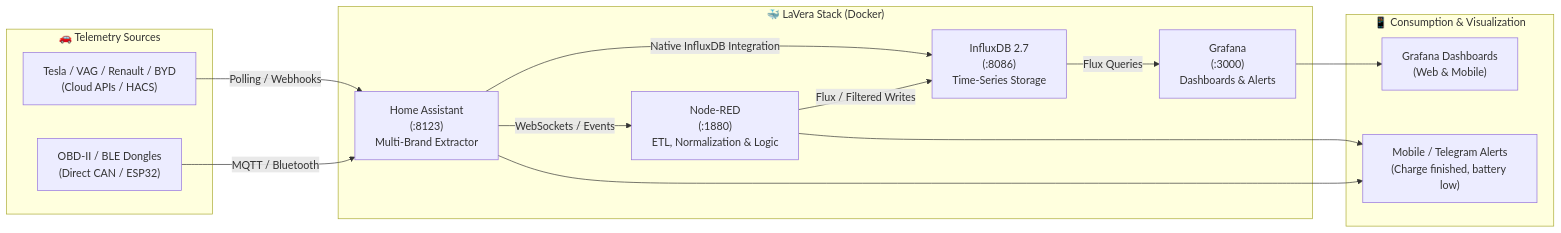
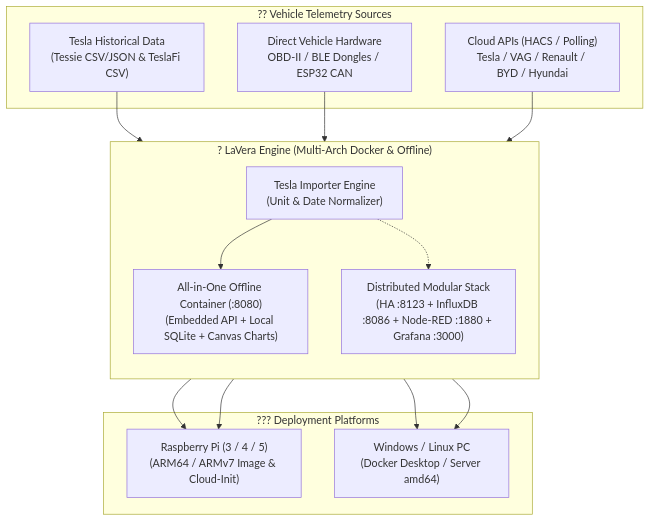
The diagram in README.md (cast0rtech/LaVera), drawn with Mermaid before and after one commit. The commit also changed other lines of this file and 37 other files, not shown here.

Commit message:
feat: Add Tesla importer (Tessie/TeslaFi), multi-arch offline container, Raspberry Pi/Balena flashing, and autostart

````diff
--- a/README.md
+++ b/README.md
@@ -27,29 +29,38 @@
 ```mermaid
-flowchart LR
-    subgraph Vehicles ["🚗 Telemetry Sources"]
-        EV1["Tesla / VAG / Renault / BYD\n(Cloud APIs / HACS)"]
-        EV2["OBD-II / BLE Dongles\n(Direct CAN / ESP32)"]
+flowchart TD
+    subgraph Sources ["?? Vehicle Telemetry Sources"]
+        TeslaHist["Tesla Historical Data
+(Tessie CSV/JSON & TeslaFi CSV)"]
+        OEM["Cloud APIs (HACS / Polling)
+Tesla / VAG / Renault / BYD / Hyundai"]
+        OBD["Direct Vehicle Hardware
+OBD-II / BLE Dongles / ESP32 CAN"]
     end
 
-    subgraph Core ["🐳 LaVera Stack (Docker)"]
-        HA["Home Assistant\n(:8123)\nMulti-Brand Extractor"]
-        NR["Node-RED\n(:1880)\nETL, Normalization & Logic"]
-        INFLUX["InfluxDB 2.7\n(:8086)\nTime-Series Storage"]
-        GRAFANA["Grafana\n(:3000)\nDashboards & Alerts"]
+    subgraph CoreEngine ["? LaVera Engine (Multi-Arch Docker & Offline)"]
+        direction TB
+        Importer["Tesla Importer Engine
+(Unit & Date Normalizer)"]
+        AllInOne["All-in-One Offline Container (:8080)
+(Embedded API + Local SQLite + Canvas Charts)"]
+        ModStack["Distributed Modular Stack
+(HA :8123 + InfluxDB :8086 + Node-RED :1880 + Grafana :3000)"]
     end
 
-    subgraph Outputs ["📱 Consumption & Visualization"]
-        DASH["Grafana Dashboards\n(Web & Mobile)"]
-        NOTIF["Mobile / Telegram Alerts\n(Charge finished, battery low)"]
+    subgraph Targets ["??? Deployment Platforms"]
+        RPi["Raspberry Pi (3 / 4 / 5)
+(ARM64 / ARMv7 Image & Cloud-Init)"]
+        WinLin["Windows / Linux PC
+(Docker Desktop / Server amd64)"]
     end
 
-    EV1 -->|Polling / Webhooks| HA
-    EV2 -->|MQTT / Bluetooth| HA
-    HA -->|Native InfluxDB Integration| INFLUX
-    HA -->|WebSockets / Events| NR
-    NR -->|Flux / Filtered Writes| INFLUX
-    INFLUX -->|Flux Queries| GRAFANA
-    GRAFANA --> DASH
-    NR --> NOTIF
-    HA --> NOTIF
+    TeslaHist --> Importer
+    Importer --> AllInOne
+    Importer -.-> ModStack
+    OBD --> AllInOne
+    OEM --> ModStack
+    AllInOne --> RPi
+    AllInOne --> WinLin
+    ModStack --> WinLin
+    ModStack --> RPi
 ```
````
